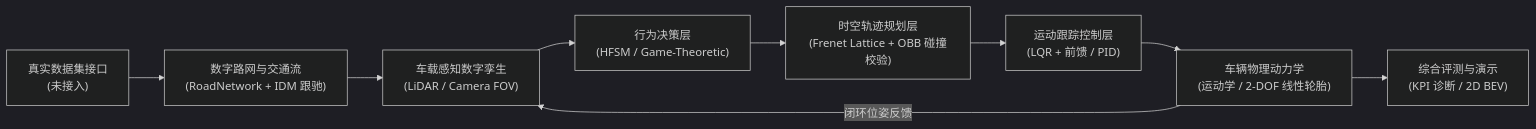
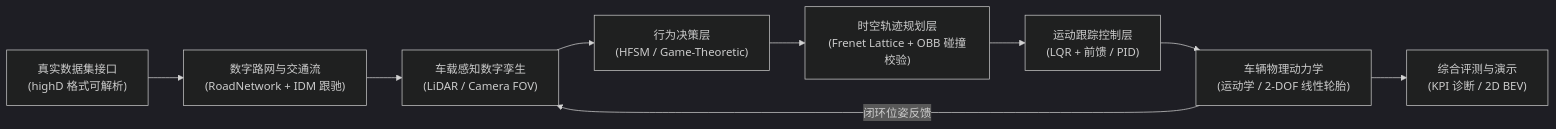
One commit to fwwwwjj/intelligent-vehicle-simulation changed the diagram in README.md. Above: the diagram before and after it, drawn with Mermaid (dark theme). The commit also changed other lines of this file and 15 other files, not shown here.

````diff
--- a/README.md
+++ b/README.md
@@ -45,11 +45,11 @@
 ```mermaid
 flowchart LR
-    A["真实数据集接口<br/>(未接入)"] --> B["数字路网与交通流<br/>(RoadNetwork + IDM 跟驰)"]
+    A["真实数据集接口<br/>(highD 格式可解析)"] --> B["数字路网与交通流<br/>(RoadNetwork + IDM 跟驰)"]
     B --> C["车载感知数字孪生<br/>(LiDAR / Camera FOV)"]
     C --> D["行为决策层<br/>(HFSM / Game-Theoretic)"]
     D --> E["时空轨迹规划层<br/>(Frenet Lattice + OBB 碰撞校验)"]
     E --> F["运动跟踪控制层<br/>(LQR + 前馈 / PID)"]
     F --> G["车辆物理动力学<br/>(运动学 / 2-DOF 线性轮胎)"]
     G -->|闭环位姿反馈| C
     G --> H["综合评测与演示<br/>(KPI 诊断 / 2D BEV)"]
 ```
````
